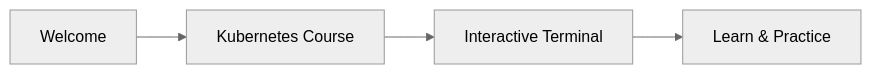
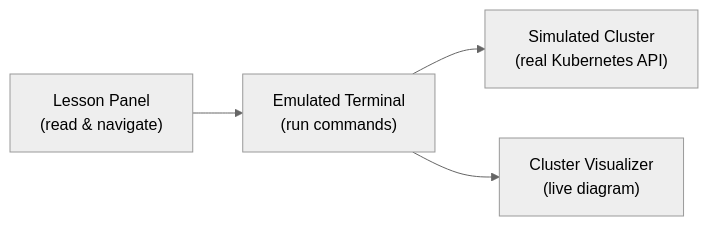
Before and after one commit to Antoine-Flo/kube-mastery: the diagram in src/courses/modules/overview/01-onboarding/01-comment-utiliser/en/content.md, drawn with Mermaid (neutral theme). The commit also changed other lines of this file and 290 other files, not shown here.

````diff
--- a/src/courses/modules/overview/01-onboarding/01-comment-utiliser/en/content.md
+++ b/src/courses/modules/overview/01-onboarding/01-comment-utiliser/en/content.md
@@ -3,6 +18,6 @@
 ```mermaid
 flowchart LR
-    A[Welcome] --> B[Kubernetes Course]
-    B --> C[Interactive Terminal]
-    C --> D[Learn & Practice]
+    A["Lesson Panel<br/>(read & navigate)"] --> B["Emulated Terminal<br/>(run commands)"]
+    B --> C["Simulated Cluster<br/>(real Kubernetes API)"]
+    B --> D["Cluster Visualizer<br/>(live diagram)"]
 ```
````
